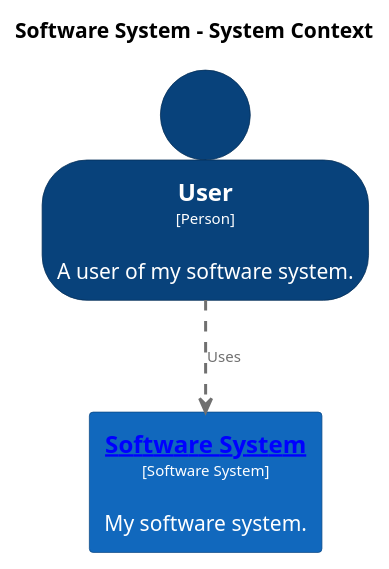
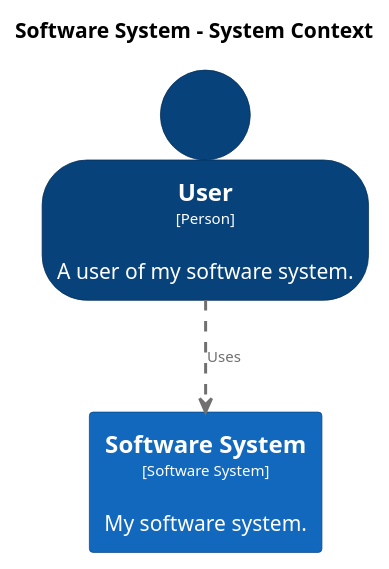
One commit to docToolchain/empty-workshop changed the first of 2 diagrams in src/docs/arc42/chapters/05_Bausteinsicht2/01_Level0.adoc. Above: the diagram before and after it, drawn with PlantUML.

```diff
--- a/src/docs/arc42/chapters/05_Bausteinsicht2/01_Level0.adoc
+++ b/src/docs/arc42/chapters/05_Bausteinsicht2/01_Level0.adoc
@@ -7,37 +7,37 @@
 [plantuml,demo1,svg,opts="inline",svg-type="inline"]
 ----
 @startuml
 set separator none
 title Software System - System Context
 
 top to bottom direction
 
 skinparam {
   arrowFontSize 10
   defaultTextAlignment center
   wrapWidth 200
   maxMessageSize 100
 }
 
 hide stereotype
 
 skinparam rectangle<<SoftwareSystem>> {
   BackgroundColor #1168bd
   FontColor #ffffff
   BorderColor #0b4884
   shadowing false
   HyperlinkColor #ffffff
 }
 skinparam person<<User>> {
   BackgroundColor #08427b
   FontColor #ffffff
   BorderColor #052e56
   shadowing false
 }
 
 person "==User\n<size:10>[Person]</size>\n\nA user of my software system." <<User>> as User
-rectangle "==[[01_BigSpender/01_container.html Software System]]\n<size:10>[Software System]</size>\n\nMy software system." <<SoftwareSystem>> as SoftwareSystem
+rectangle "==Software System\n<size:10>[Software System]</size>\n\nMy software system." <<SoftwareSystem>> as SoftwareSystem [[01_BigSpender/01_container.html]]
 
 User .[#707070,thickness=2].> SoftwareSystem : "<color:#707070>Uses"
 @enduml
 ----
```
